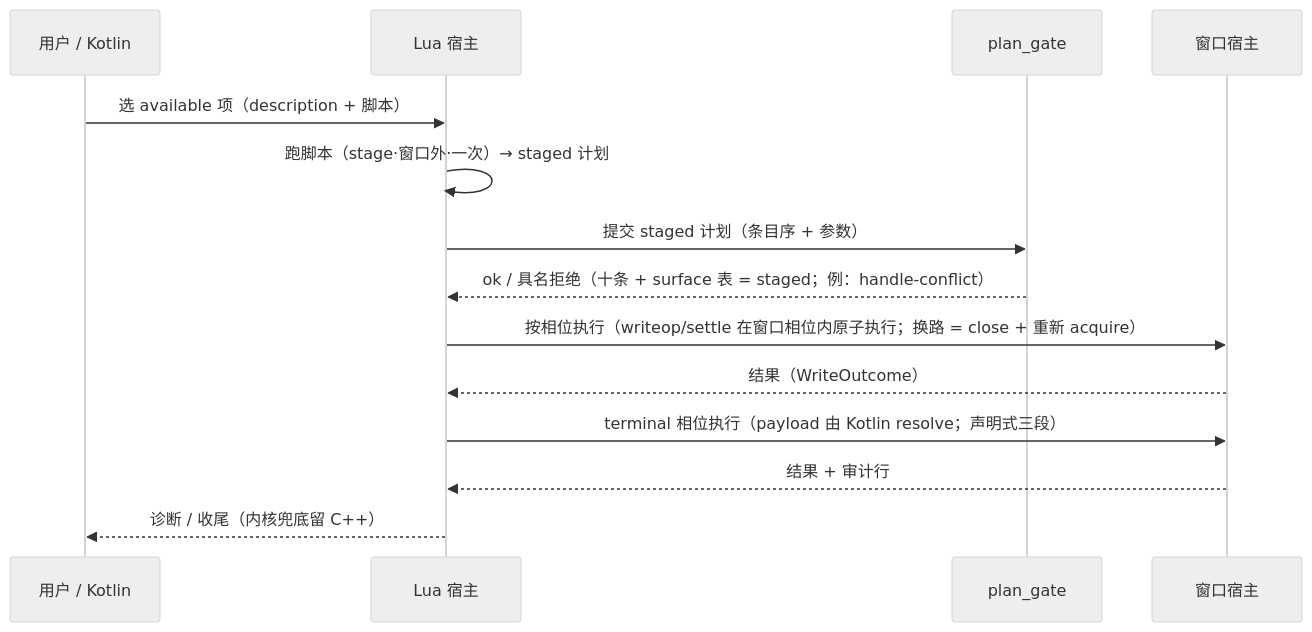
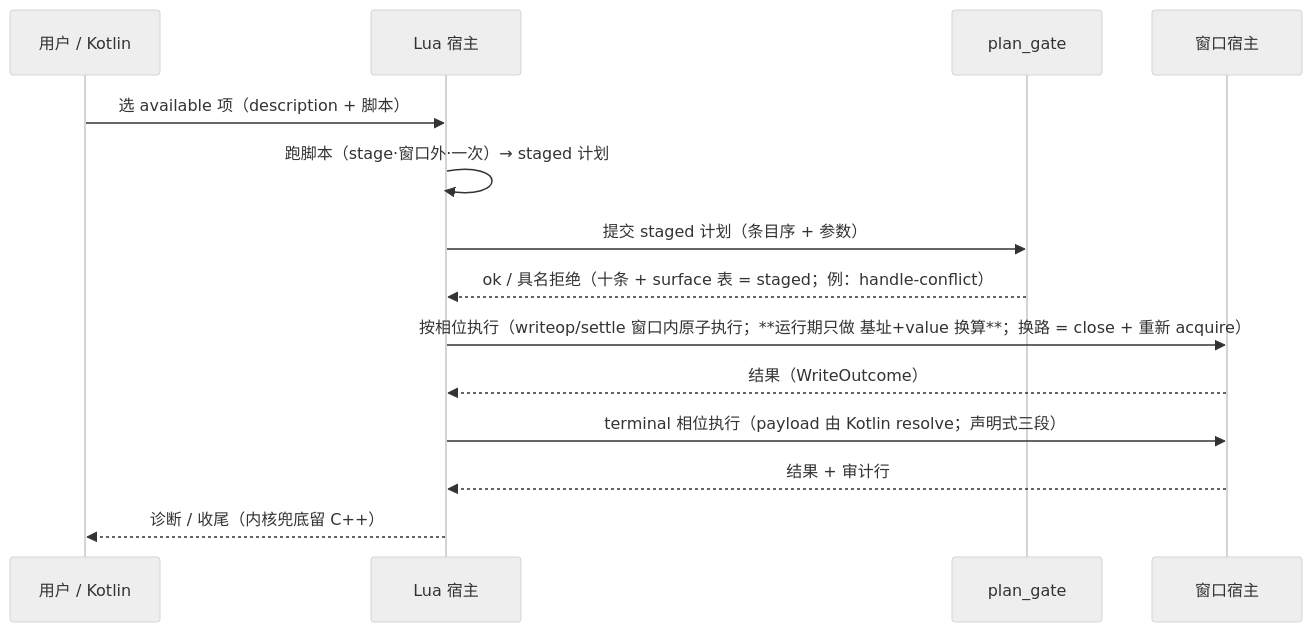
Diagram 17 of 17 in docs/development/full-process-uml.md (YuKongA/ghostlock-app), drawn with Mermaid (neutral theme) before and after one commit. The commit also changed other lines of this file and 4 other files, not shown here.

````diff
--- a/docs/development/full-process-uml.md
+++ b/docs/development/full-process-uml.md
@@ -827,16 +827,16 @@
 ```mermaid
 sequenceDiagram
   participant U as 用户 / Kotlin
   participant L as Lua 宿主
   participant G as plan_gate
   participant W as 窗口宿主
   U->>L: 选 available 项（description + 脚本）
   L->>L: 跑脚本（stage·窗口外·一次）→ staged 计划
   L->>G: 提交 staged 计划（条目序 + 参数）
   G-->>L: ok / 具名拒绝（十条 + surface 表 = staged；例：handle-conflict）
-  L->>W: 按相位执行（writeop/settle 在窗口相位内原子执行；换路 = close + 重新 acquire）
+  L->>W: 按相位执行（writeop/settle 窗口内原子执行；**运行期只做 基址+value 换算**；换路 = close + 重新 acquire）
   W-->>L: 结果（WriteOutcome）
   L->>W: terminal 相位执行（payload 由 Kotlin resolve；声明式三段）
   W-->>L: 结果 + 审计行
   L-->>U: 诊断 / 收尾（内核兜底留 C++）
 ```
````
